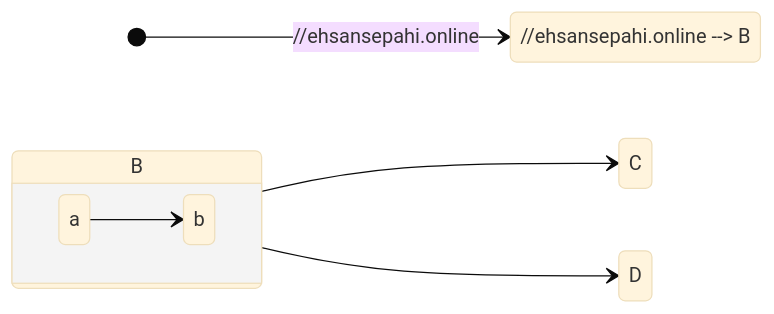
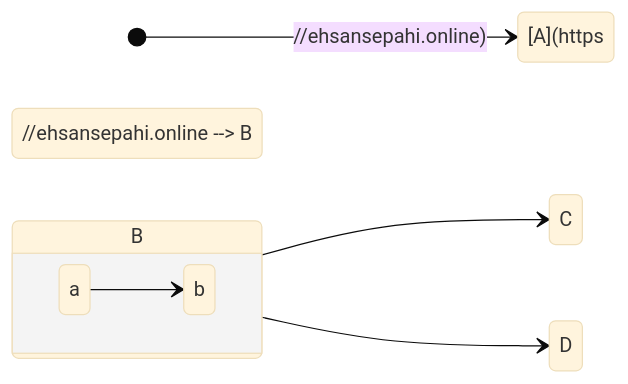
One commit to ehsanSepahi/ehsanSepahi changed the diagram in README.md. Above: the diagram before and after it, drawn with Mermaid (base theme).

````diff
--- a/README.md
+++ b/README.md
@@ -21,12 +21,12 @@
 ```mermaid
 stateDiagram
     direction LR
-    [*] --> https://ehsansepahi.online
+    [*] --> [A](https://ehsansepahi.online)
     https://ehsansepahi.online --> B
     B --> C
     state B {
       direction LR
       a --> b
     }
     B --> D
 ```
````
